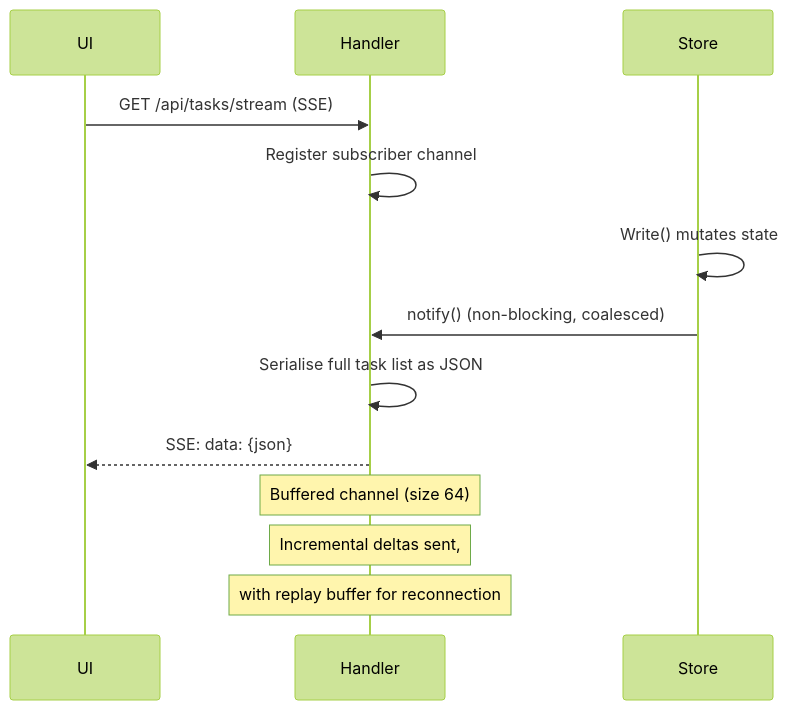
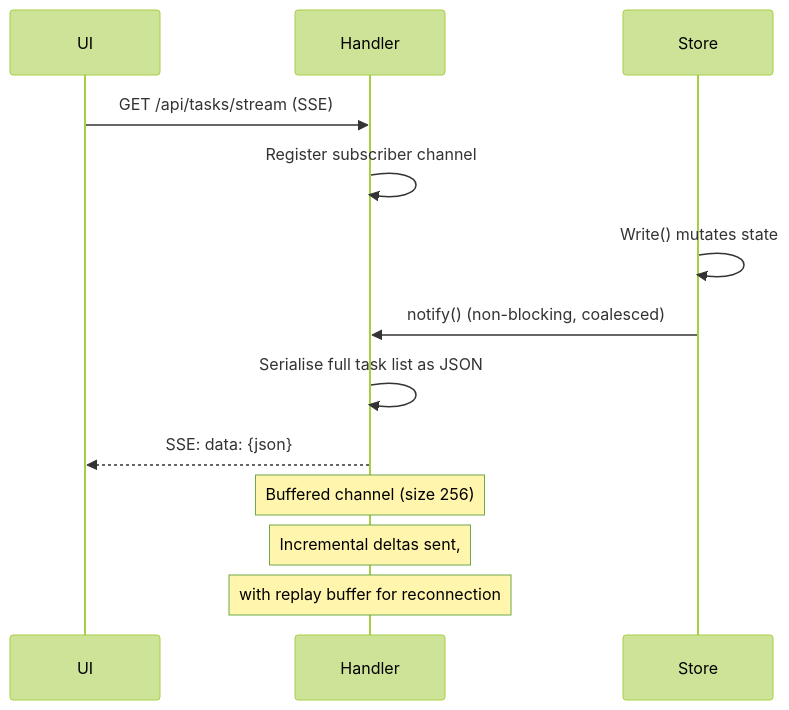
One commit to changkun/wallfacer changed the second of 3 diagrams in docs/internals/api-and-transport.md. Above: the diagram before and after it, drawn with Mermaid (forest theme). The commit also changed other lines of this file and 4 other files, not shown here.

````diff
--- a/docs/internals/api-and-transport.md
+++ b/docs/internals/api-and-transport.md
@@ -190,18 +208,18 @@
 ```mermaid
 sequenceDiagram
     participant UI
     participant Handler
     participant Store
 
     UI->>Handler: GET /api/tasks/stream (SSE)
     Handler->>Handler: Register subscriber channel
 
     Store->>Store: Write() mutates state
     Store->>Handler: notify() (non-blocking, coalesced)
     Handler->>Handler: Serialise full task list as JSON
     Handler-->>UI: SSE: data: {json}
 
-    Note over Handler: Buffered channel (size 64)
+    Note over Handler: Buffered channel (size 256)
     Note over Handler: Incremental deltas sent,
     Note over Handler: with replay buffer for reconnection
 ```
````
